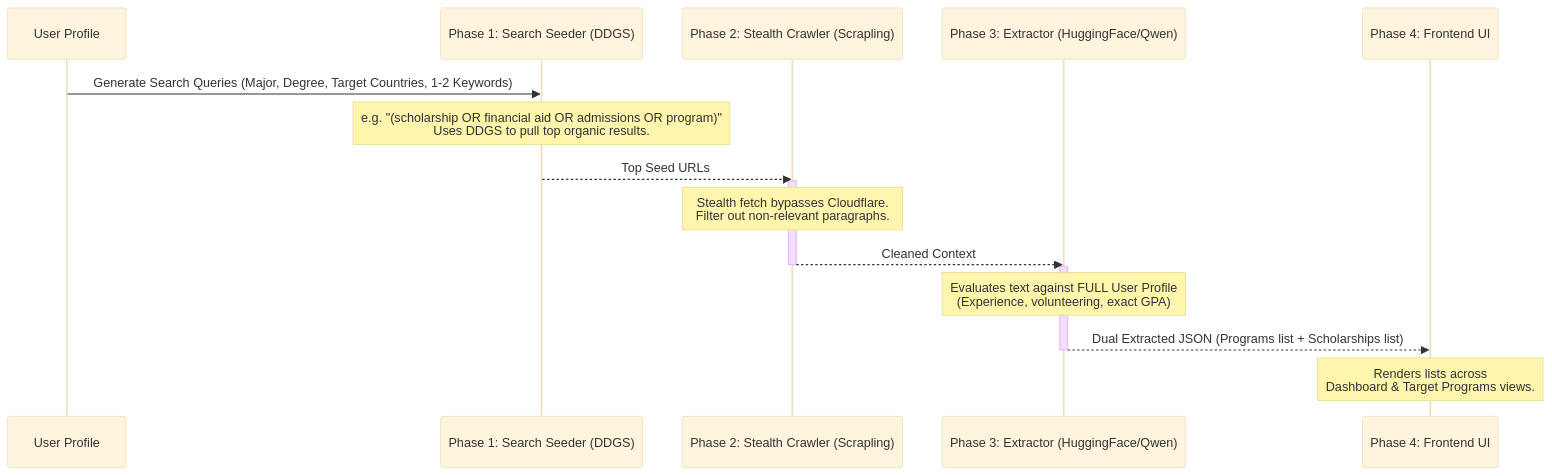
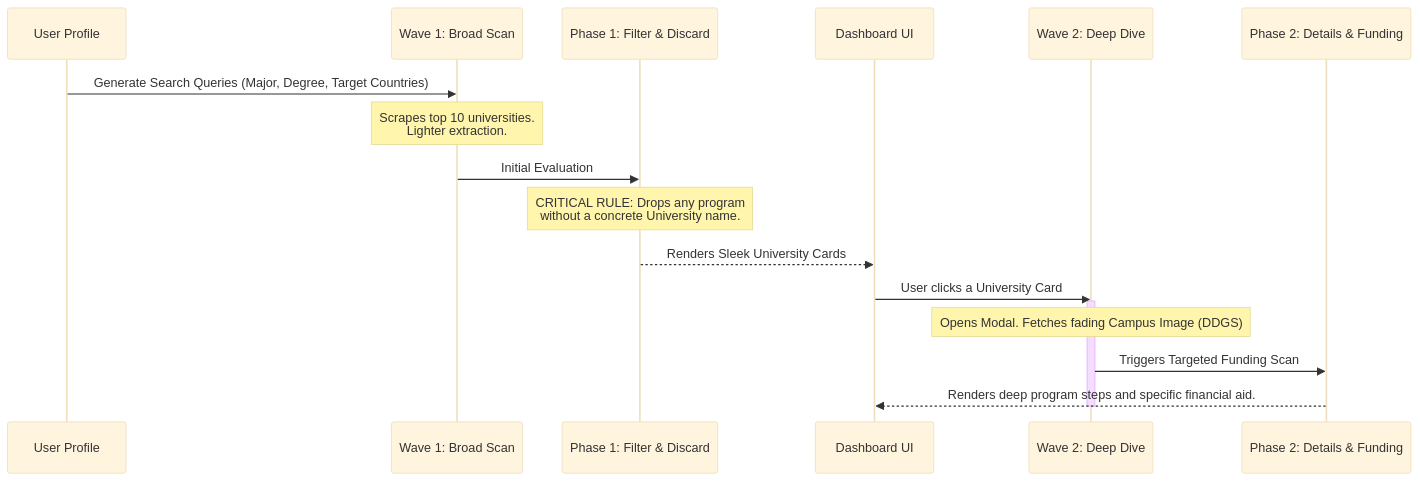
Before and after one commit to miguelangelcdm/scholarship-hunter: the diagram in docs/discovery_engine.md, drawn with Mermaid (base theme). The commit also changed other lines of this file and 5 other files, not shown here.

Commit message:
feat: implement two-wave discovery architecture and deep dive modal

````diff
--- a/docs/discovery_engine.md
+++ b/docs/discovery_engine.md
@@ -9,21 +9,21 @@
 ```mermaid
 sequenceDiagram
     participant User as User Profile
-    participant Search as Phase 1: Search Seeder (DDGS)
-    participant Scraper as Phase 2: Stealth Crawler (Scrapling)
-    participant LLM as Phase 3: Extractor (HuggingFace/Qwen)
-    participant UI as Phase 4: Frontend UI
+    participant Wave1 as Wave 1: Broad Scan
+    participant AI1 as Phase 1: Filter & Discard
+    participant UI as Dashboard UI
+    participant Wave2 as Wave 2: Deep Dive
+    participant AI2 as Phase 2: Details & Funding
 
-    User->>Search: Generate Search Queries (Major, Degree, Target Countries, 1-2 Keywords)
-    Note over Search: e.g. "(scholarship OR financial aid OR admissions OR program)"<br/>Uses DDGS to pull top organic results.
-    Search-->>Scraper: Top Seed URLs
-    activate Scraper
-    Note over Scraper: Stealth fetch bypasses Cloudflare.<br/>Filter out non-relevant paragraphs.
-    Scraper-->>LLM: Cleaned Context
-    deactivate Scraper
-    activate LLM
-    Note over LLM: Evaluates text against FULL User Profile<br/>(Experience, volunteering, exact GPA)
-    LLM-->>UI: Dual Extracted JSON (Programs list + Scholarships list)
-    deactivate LLM
-    Note over UI: Renders lists across<br/>Dashboard & Target Programs views.
+    User->>Wave1: Generate Search Queries (Major, Degree, Target Countries)
+    Note over Wave1: Scrapes top 10 universities.<br/>Lighter extraction.
+    Wave1->>AI1: Initial Evaluation
+    Note over AI1: CRITICAL RULE: Drops any program<br/>without a concrete University name.
+    AI1-->>UI: Renders Sleek University Cards
+    UI->>Wave2: User clicks a University Card
+    activate Wave2
+    Note over Wave2: Opens Modal. Fetches fading Campus Image (DDGS)
+    Wave2->>AI2: Triggers Targeted Funding Scan
+    AI2-->>UI: Renders deep program steps and specific financial aid.
+    deactivate Wave2
 ```
````
